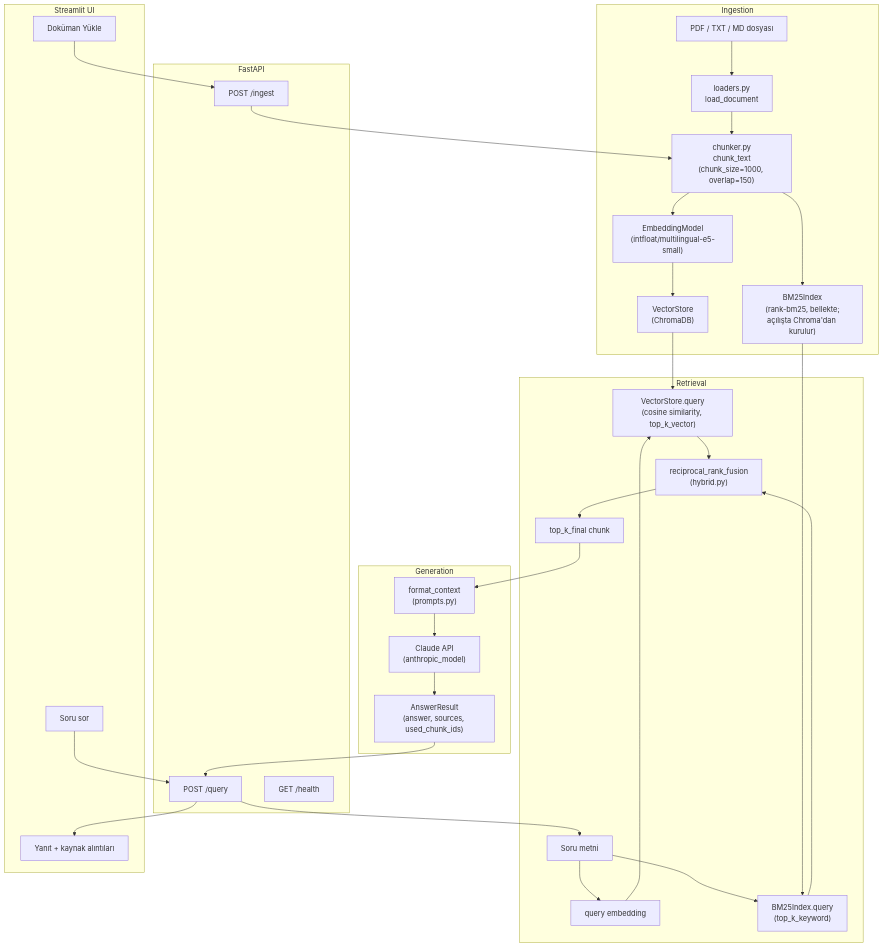
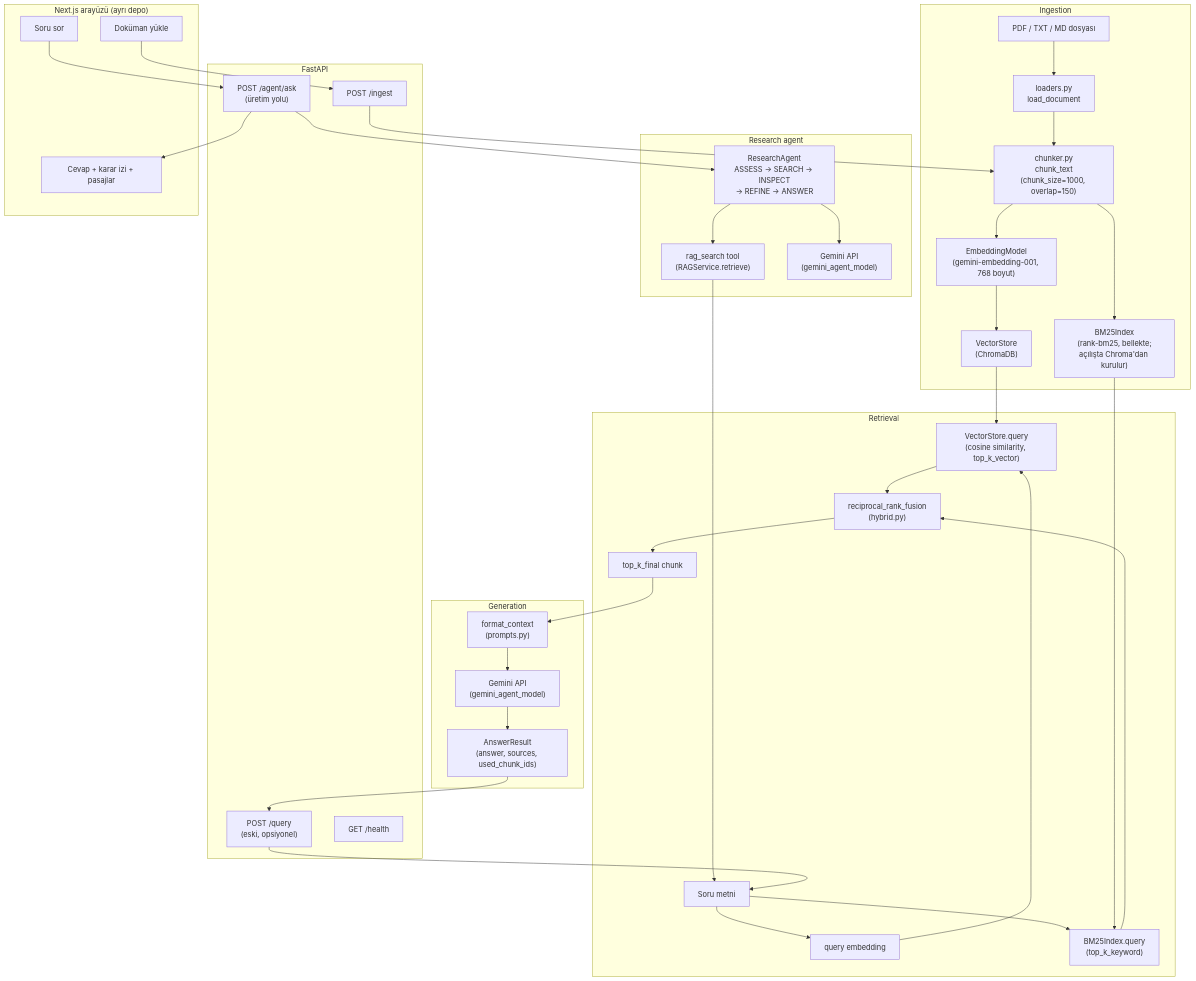
The diagram in README.md (Bedirhanelcik/rag), drawn with Mermaid before and after one commit. The commit also changed other lines of this file and 11 other files, not shown here.

````diff
--- a/README.md
+++ b/README.md
@@ -15,41 +15,49 @@
 ```mermaid
 graph TD
     subgraph Ingestion["Ingestion"]
         F["PDF / TXT / MD dosyası"] --> L["loaders.py<br/>load_document"]
         L --> C["chunker.py<br/>chunk_text<br/>(chunk_size=1000, overlap=150)"]
-        C --> E["EmbeddingModel<br/>(intfloat/multilingual-e5-small)"]
+        C --> E["EmbeddingModel<br/>(gemini-embedding-001, 768 boyut)"]
         E --> VS["VectorStore<br/>(ChromaDB)"]
         C --> BM["BM25Index<br/>(rank-bm25, bellekte;<br/>açılışta Chroma'dan kurulur)"]
     end
 
     subgraph Retrieval["Retrieval"]
         Q["Soru metni"] --> QE["query embedding"]
         QE --> VSQ["VectorStore.query<br/>(cosine similarity, top_k_vector)"]
         Q --> BMQ["BM25Index.query<br/>(top_k_keyword)"]
         VSQ --> RRF["reciprocal_rank_fusion<br/>(hybrid.py)"]
         BMQ --> RRF
         RRF --> TOPK["top_k_final chunk"]
     end
 
     subgraph Generation["Generation"]
         TOPK --> CTX["format_context<br/>(prompts.py)"]
-        CTX --> CLAUDE["Claude API<br/>(anthropic_model)"]
-        CLAUDE --> ANS["AnswerResult<br/>(answer, sources, used_chunk_ids)"]
+        CTX --> GEN["Gemini API<br/>(gemini_agent_model)"]
+        GEN --> ANS["AnswerResult<br/>(answer, sources, used_chunk_ids)"]
     end
+
+    subgraph Agent["Research agent"]
+        AG["ResearchAgent<br/>ASSESS → SEARCH → INSPECT<br/>→ REFINE → ANSWER"]
+        AG --> RT["rag_search tool<br/>(RAGService.retrieve)"]
+        AG --> AGEN["Gemini API<br/>(gemini_agent_model)"]
+    end
+    RT --> Q
 
     subgraph API["FastAPI"]
         ING_EP["POST /ingest"] --> C
-        Q_EP["POST /query"] --> Q
+        Q_EP["POST /query<br/>(eski, opsiyonel)"] --> Q
         ANS --> Q_EP
+        ASK_EP["POST /agent/ask<br/>(üretim yolu)"] --> AG
         HEALTH["GET /health"]
     end
 
-    subgraph UI["Streamlit UI"]
-        UPLOAD["Doküman Yükle"] --> ING_EP
-        ASK["Soru sor"] --> Q_EP
-        Q_EP --> RESULT["Yanıt + kaynak alıntıları"]
+    subgraph UI["Next.js arayüzü (ayrı depo)"]
+        UPLOAD["Doküman yükle"] --> ING_EP
+        ASK["Soru sor"] --> ASK_EP
+        ASK_EP --> RESULT["Cevap + karar izi + pasajlar"]
     end
 
     VS --> VSQ
     BM --> BMQ
 ```
````
